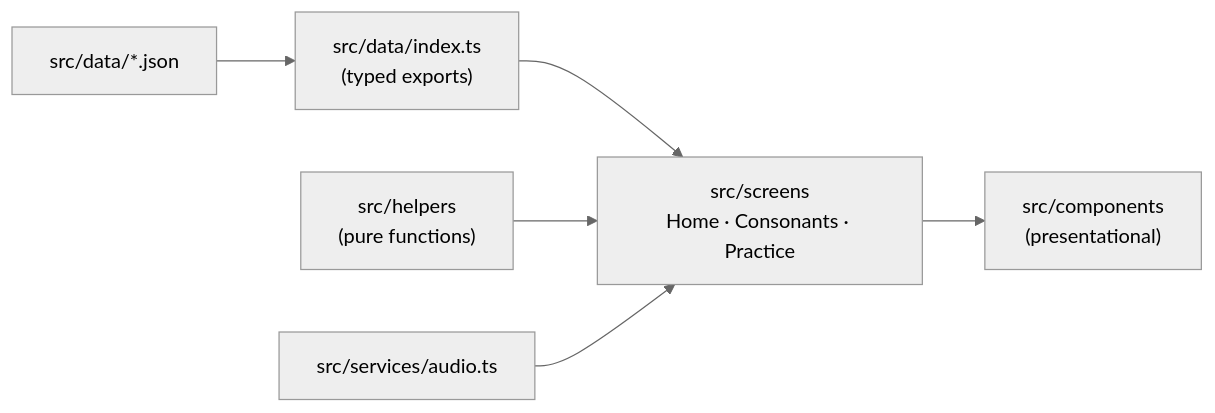
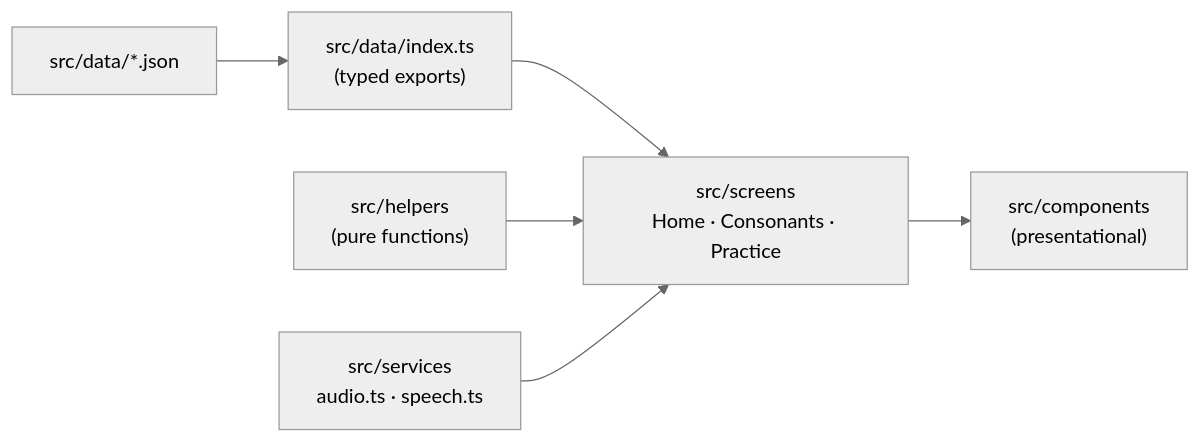
Before and after one commit to MinHan-Kyaw/thai-learning: the first of 2 diagrams in docs/architecture.md, drawn with Mermaid (neutral theme). The commit also changed other lines of this file and 27 other files, not shown here.

````diff
--- a/docs/architecture.md
+++ b/docs/architecture.md
@@ -14,8 +14,8 @@
 ```mermaid
 flowchart LR
   JSON["src/data/*.json"] --> Loader["src/data/index.ts<br/>(typed exports)"]
   Loader --> Screens
   Helpers["src/helpers<br/>(pure functions)"] --> Screens
-  Services["src/services/audio.ts"] --> Screens
+  Services["src/services<br/>audio.ts · speech.ts"] --> Screens
   Screens["src/screens<br/>Home · Consonants · Practice"] --> Components["src/components<br/>(presentational)"]
 ```
````
